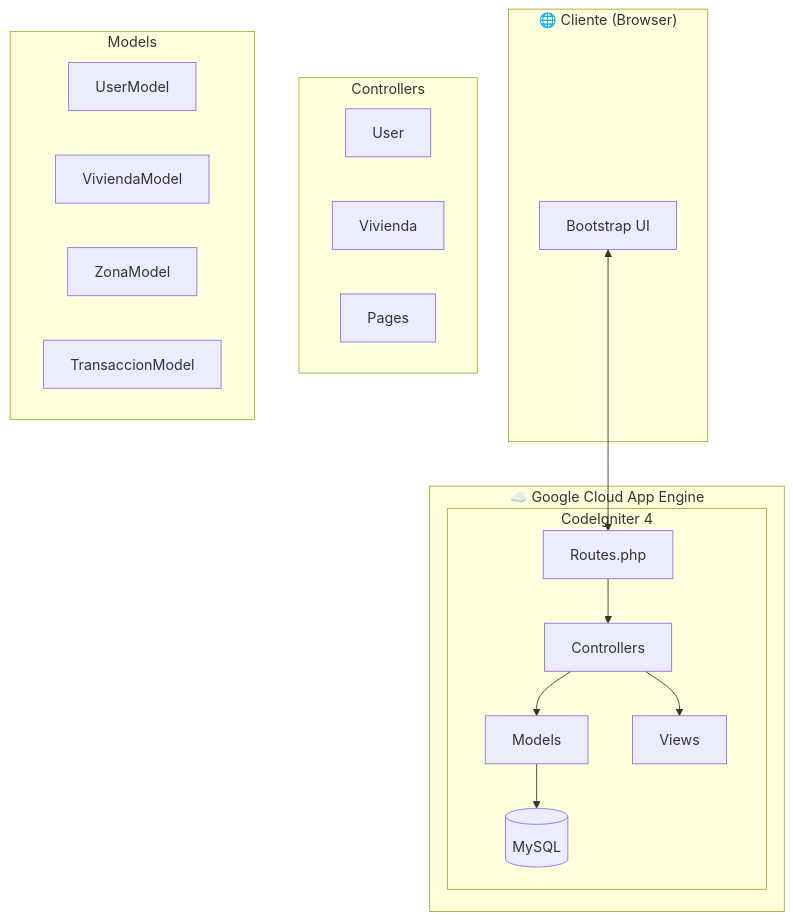
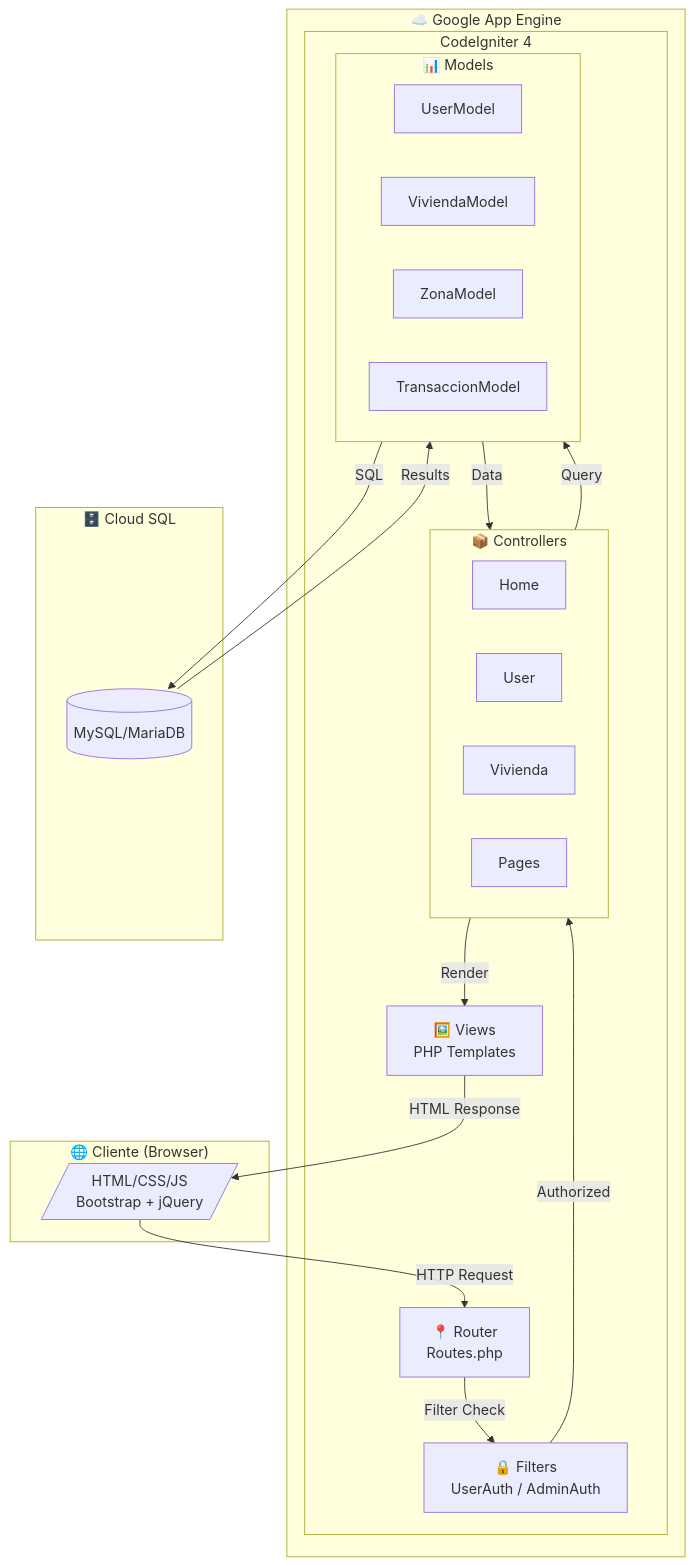
One commit to Rubenpg4/Pagina-web-immobiliaria changed the first of 5 diagrams in README.md. Above: the diagram before and after it, drawn with Mermaid. The commit also changed other lines of this file, not shown here.

````diff
--- a/README.md
+++ b/README.md
@@ -24,32 +210,43 @@
 ```mermaid
-flowchart TB
+graph TB
     subgraph Cliente["🌐 Cliente (Browser)"]
-        UI[Bootstrap UI]
+        UI[/"HTML/CSS/JS<br/>Bootstrap + jQuery"/]
     end
     
-    subgraph GCP["☁️ Google Cloud App Engine"]
+    subgraph GAE["☁️ Google App Engine"]
         subgraph CI4["CodeIgniter 4"]
-            R[Routes.php] --> C[Controllers]
-            C --> M[Models]
-            C --> V[Views]
-            M --> DB[(MySQL)]
+            Router["📍 Router<br/>Routes.php"]
+            Filters["🔒 Filters<br/>UserAuth / AdminAuth"]
+            
+            subgraph Controllers["📦 Controllers"]
+                HomeC[Home]
+                UserC[User]
+                ViviendaC[Vivienda]
+                PagesC[Pages]
+            end
+            
+            subgraph Models["📊 Models"]
+                UserM[UserModel]
+                ViviendaM[ViviendaModel]
+                ZonaM[ZonaModel]
+                TransM[TransaccionModel]
+            end
+            
+            Views["🖼️ Views<br/>PHP Templates"]
         end
     end
     
-    UI <--> R
-    
-    subgraph Controllers
-        direction LR
-        UC[User] 
-        VC[Vivienda]
-        PC[Pages]
+    subgraph CloudSQL["🗄️ Cloud SQL"]
+        DB[(MySQL/MariaDB)]
     end
     
-    subgraph Models
-        direction LR
-        UM[UserModel]
-        VM[ViviendaModel]
-        ZM[ZonaModel]
-        TM[TransaccionModel]
-    end
+    UI -->|HTTP Request| Router
+    Router -->|Filter Check| Filters
+    Filters -->|Authorized| Controllers
+    Controllers -->|Query| Models
+    Models -->|SQL| DB
+    DB -->|Results| Models
+    Models -->|Data| Controllers
+    Controllers -->|Render| Views
+    Views -->|HTML Response| UI
 ```
````
